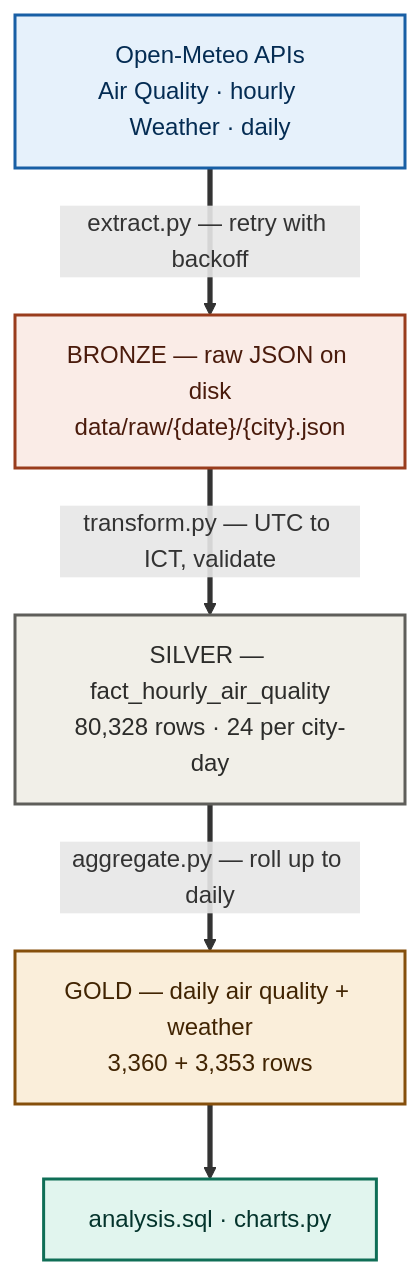
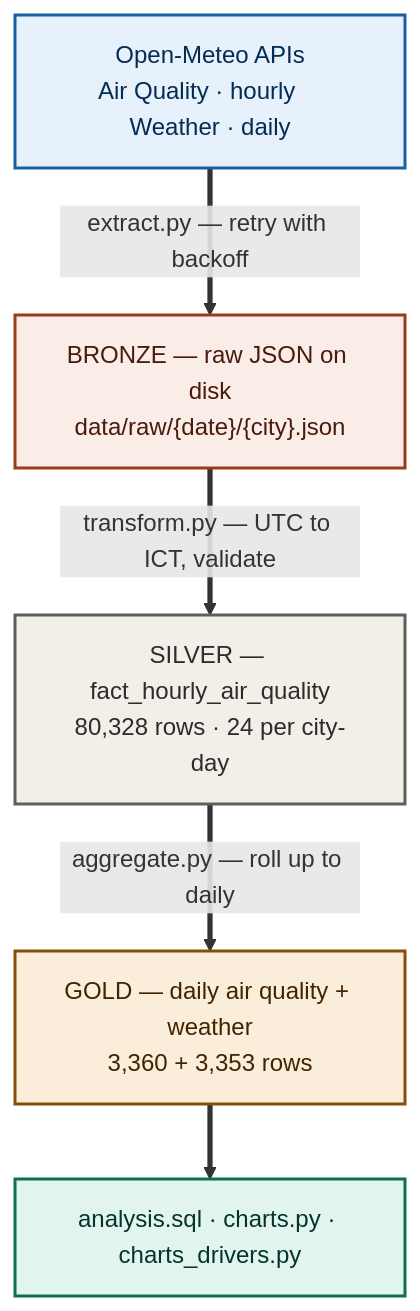
One commit to Tuong1308/air-quality-analyst changed the diagram in README.md. Above: the diagram before and after it, drawn with Mermaid. The commit also changed other lines of this file and 17 other files, not shown here.

Commit message:
Add driver-evidence charts and restructured README

````diff
--- a/README.md
+++ b/README.md
@@ -15,25 +15,25 @@
 ```mermaid
 flowchart TD
     A["Open-Meteo APIs<br/>Air Quality · hourly &nbsp;&nbsp; Weather · daily"]
     B["BRONZE — raw JSON on disk<br/>data/raw/{date}/{city}.json"]
     C["SILVER — fact_hourly_air_quality<br/>80,328 rows · 24 per city-day"]
     D["GOLD — daily air quality + weather<br/>3,360 + 3,353 rows"]
-    E["analysis.sql · charts.py"]
+    E["analysis.sql · charts.py · charts_drivers.py"]
 
     A ==>|"extract.py — retry with backoff"| B
     B ==>|"transform.py — UTC to ICT, validate"| C
     C ==>|"aggregate.py — roll up to daily"| D
     D ==> E
 
     classDef src  fill:#E6F1FB,stroke:#185FA5,stroke-width:2px,color:#042C53
     classDef brz  fill:#FAECE7,stroke:#993C1D,stroke-width:2px,color:#4A1B0C
     classDef slv  fill:#F1EFE8,stroke:#5F5E5A,stroke-width:2px,color:#2C2C2A
     classDef gld  fill:#FAEEDA,stroke:#854F0B,stroke-width:2px,color:#412402
     classDef out  fill:#E1F5EE,stroke:#0F6E56,stroke-width:2px,color:#04342C
 
     class A src
     class B brz
     class C slv
     class D gld
     class E out
 ```
````
